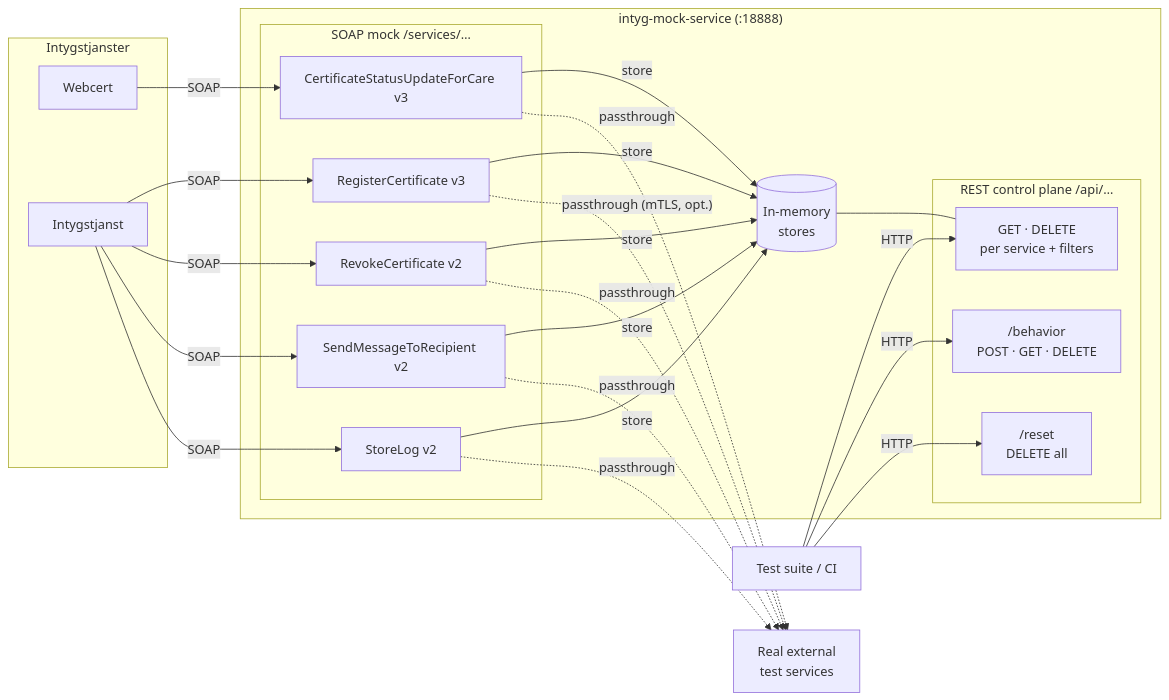
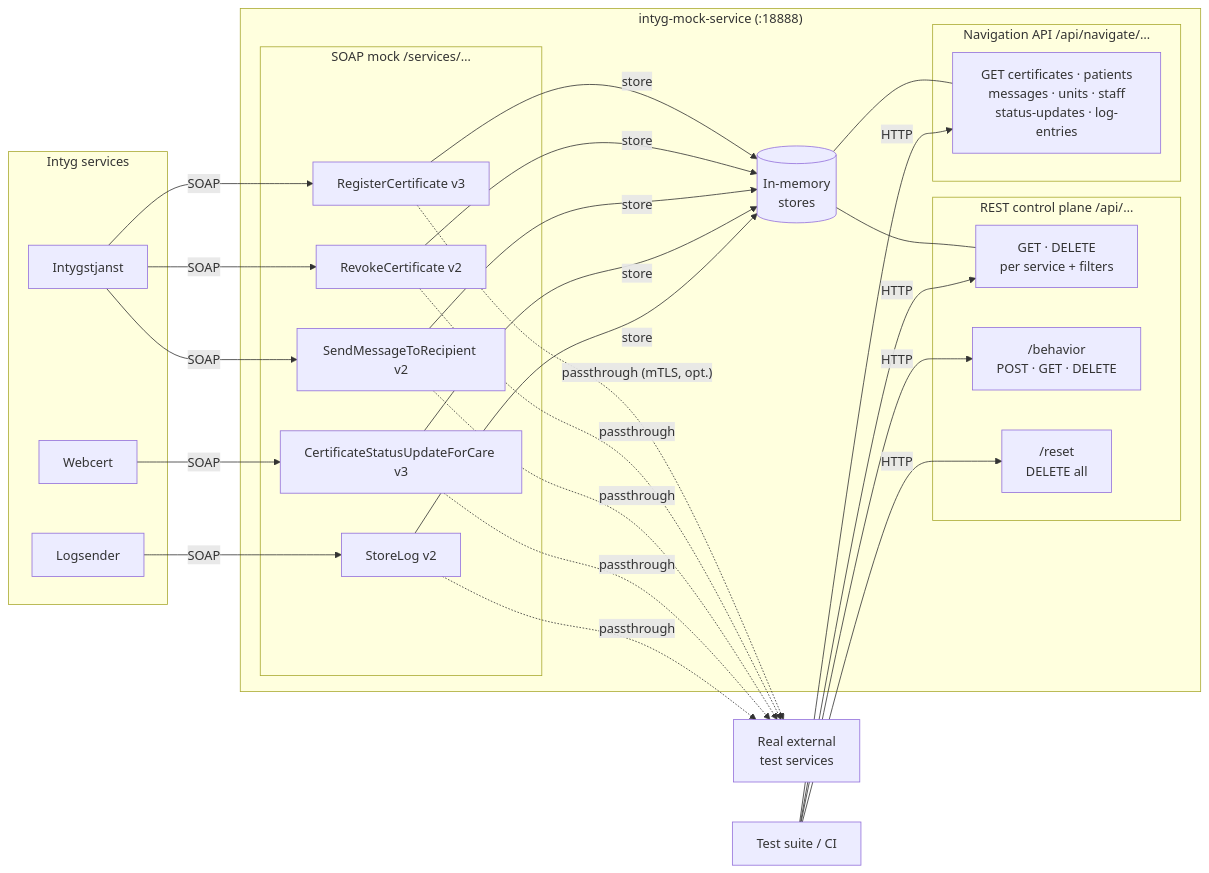
Before and after one commit to sklintyg/intyg-mock-service: the first of 3 diagrams in README.md, drawn with Mermaid. The commit also changed other lines of this file and 111 other files, not shown here.

Commit message:
Add HATEOAS navigation API for domain-centric browsing of mock data (#1)

````diff
--- a/README.md
+++ b/README.md
@@ -100,47 +116,54 @@
 ```mermaid
 flowchart LR
-    subgraph callers["Intygstjanster"]
+    subgraph callers["Intyg services"]
         Webcert
         Intygstjanst
+        Logsender
     end
 
     subgraph mock["intyg-mock-service (:18888)"]
         subgraph soap["SOAP mock /services/…"]
             RC["RegisterCertificate v3"]
             RvC["RevokeCertificate v2"]
             SMTR["SendMessageToRecipient v2"]
             CSUFC["CertificateStatusUpdateForCare v3"]
             SL["StoreLog v2"]
         end
 
         db[("In-memory\nstores")]
 
         subgraph rest["REST control plane /api/…"]
             inspect["GET · DELETE\nper service + filters"]
             behavior["/behavior\nPOST · GET · DELETE"]
             reset["/reset\nDELETE all"]
         end
+
+        subgraph nav["Navigation API /api/navigate/…"]
+            navEndpoints["GET certificates · patients\nmessages · units · staff\nstatus-updates · log-entries"]
+        end
     end
 
     ExtSvc["Real external\ntest services"]
     TestClient["Test suite / CI"]
     Webcert -->|SOAP| CSUFC
     Intygstjanst -->|SOAP| RC
     Intygstjanst -->|SOAP| RvC
     Intygstjanst -->|SOAP| SMTR
-    Intygstjanst -->|SOAP| SL
+    Logsender -->|SOAP| SL
     RC -->|store| db
     RvC -->|store| db
     SMTR -->|store| db
     CSUFC -->|store| db
     SL -->|store| db
     db --- inspect
+    db --- navEndpoints
     TestClient -->|HTTP| inspect
     TestClient -->|HTTP| behavior
     TestClient -->|HTTP| reset
+    TestClient -->|HTTP| navEndpoints
     RC -.->|" passthrough (mTLS, opt.) "| ExtSvc
     RvC -.->|passthrough| ExtSvc
     SMTR -.->|passthrough| ExtSvc
     CSUFC -.->|passthrough| ExtSvc
     SL -.->|passthrough| ExtSvc
 ```
````
